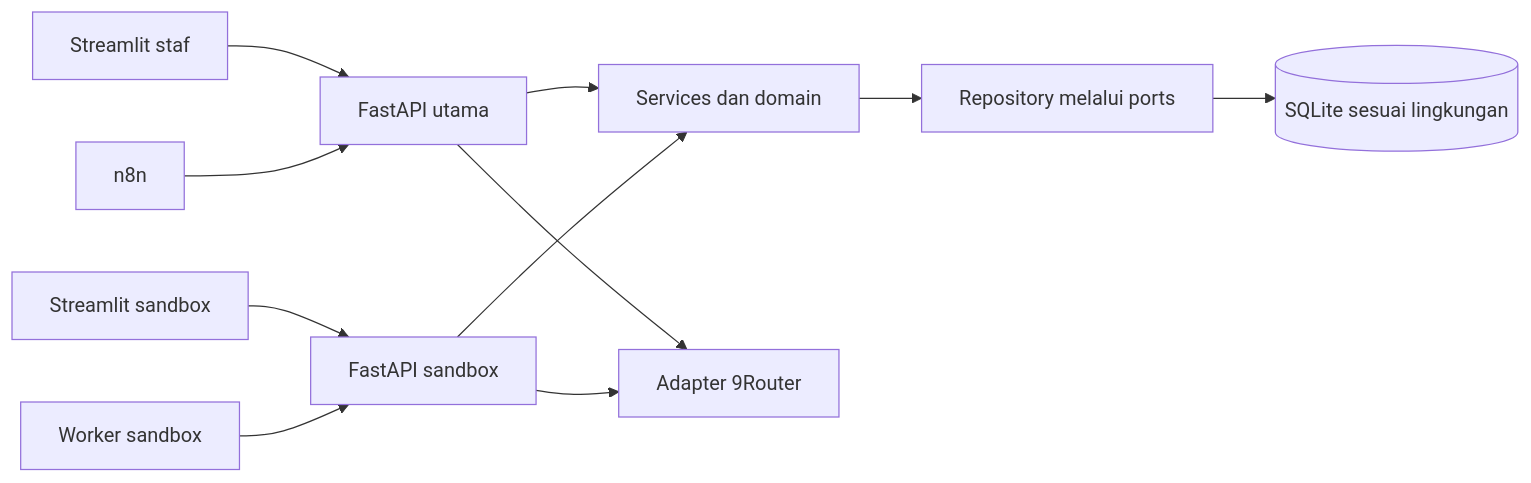
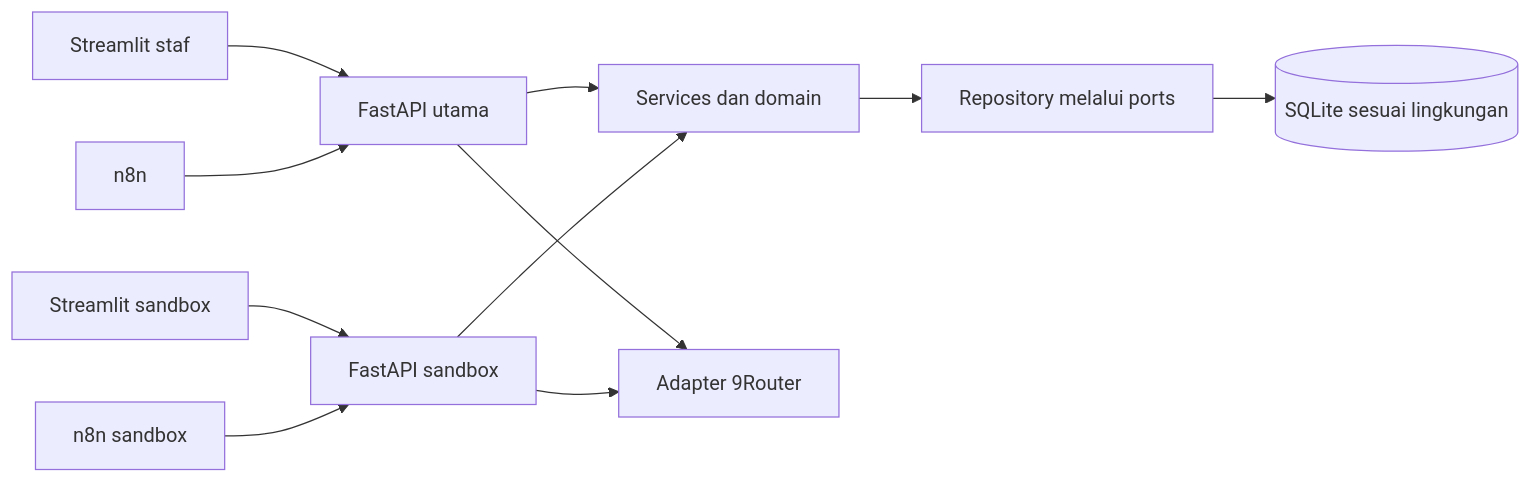
The diagram in docs/architecture.md (reynaldaryansyah25/minori-placement-intelligence), drawn with Mermaid before and after one commit. The commit also changed 29 other files, not shown here.

Commit message:
feat: replace sandbox worker with isolated n8n reminder automation

````diff
--- a/docs/architecture.md
+++ b/docs/architecture.md
@@ -6,13 +6,13 @@
 ```mermaid
 flowchart LR
     Frontend[Streamlit staf] --> API[FastAPI utama]
     N8N[n8n] --> API
     Public[Streamlit sandbox] --> Sandbox[FastAPI sandbox]
-    Worker[Worker sandbox] --> Sandbox
+    Worker[n8n sandbox] --> Sandbox
     API --> UseCases[Services dan domain]
     Sandbox --> UseCases
     UseCases --> Repository[Repository melalui ports]
     Repository --> Database[(SQLite sesuai lingkungan)]
     API --> Gateway[Adapter 9Router]
     Sandbox --> Gateway
 ```
````
